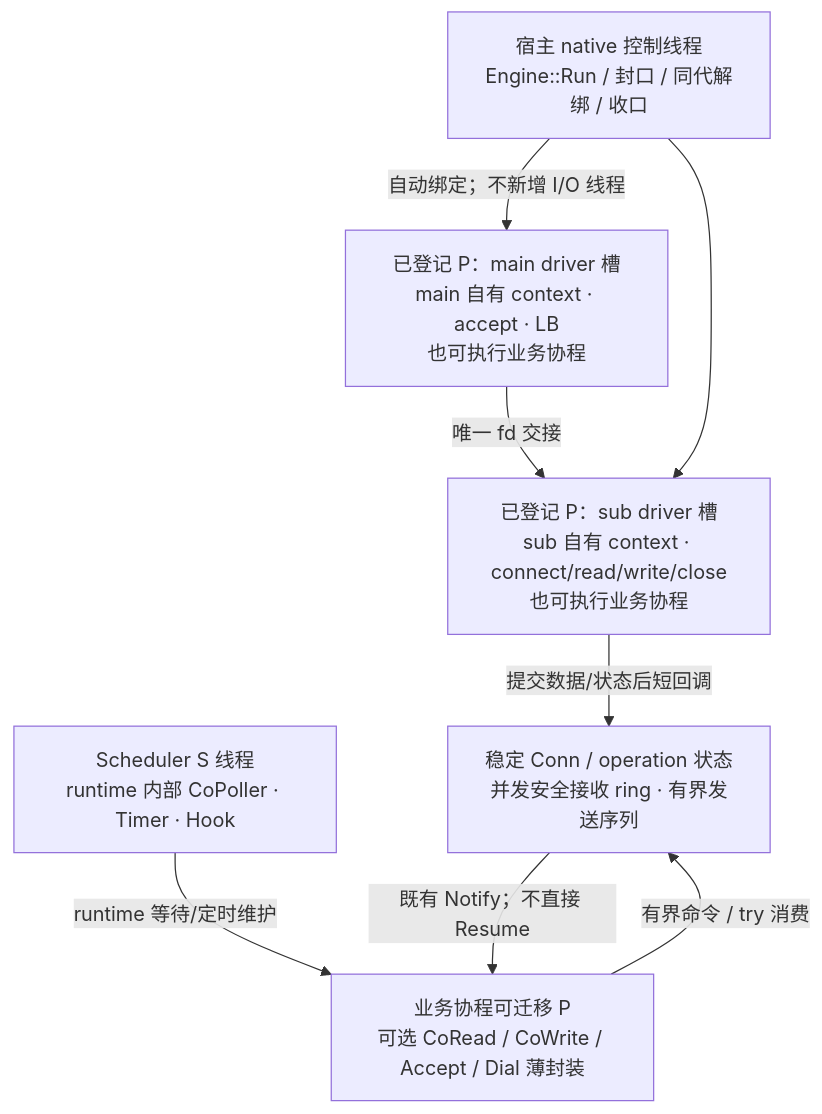
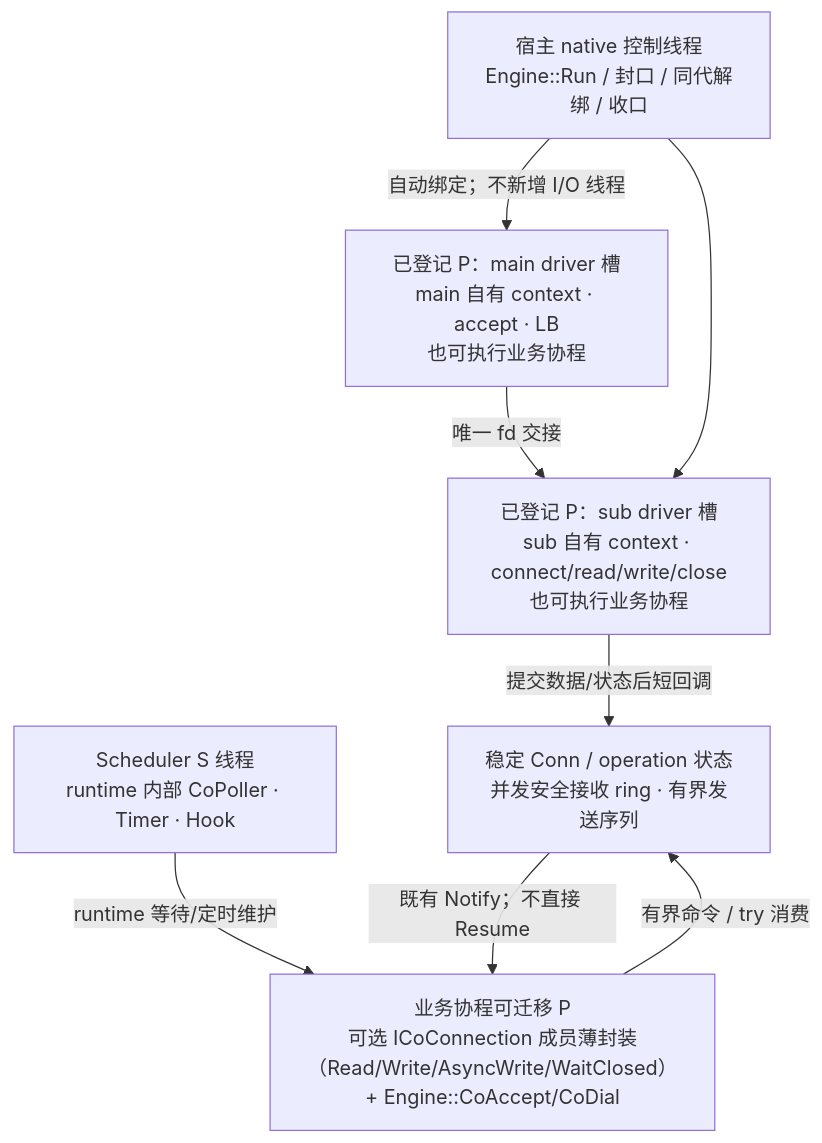
One commit to yqm-307/bbtools-infra changed the diagram in docs/architecture/gnet-network-execution.md. Above: the diagram before and after it, drawn with Mermaid. The commit also changed other lines of this file and 9 other files, not shown here.

Commit message:
docs: align all references to ICoConnection member API (PR #104)

````diff
--- a/docs/architecture/gnet-network-execution.md
+++ b/docs/architecture/gnet-network-execution.md
@@ -20,16 +20,16 @@
 ```mermaid
 flowchart TB
     Host["宿主 native 控制线程<br/>Engine::Run / 封口 / 同代解绑 / 收口"]
     S["Scheduler S 线程<br/>runtime 内部 CoPoller · Timer · Hook"]
     P0["已登记 P：main driver 槽<br/>main 自有 context · accept · LB<br/>也可执行业务协程"]
     P1["已登记 P：sub driver 槽<br/>sub 自有 context · connect/read/write/close<br/>也可执行业务协程"]
     State["稳定 Conn / operation 状态<br/>并发安全接收 ring · 有界发送序列"]
-    Co["业务协程可迁移 P<br/>可选 CoRead / CoWrite / Accept / Dial 薄封装"]
+    Co["业务协程可迁移 P<br/>可选 ICoConnection 成员薄封装<br/>（Read/Write/AsyncWrite/WaitClosed）+ Engine::CoAccept/CoDial"]
     Host -->|"自动绑定；不新增 I/O 线程"| P0
     Host --> P1
     P0 -->|"唯一 fd 交接"| P1
     P1 -->|"提交数据/状态后短回调"| State
     Co -->|"有界命令 / try 消费"| State
     State -->|"既有 Notify；不直接 Resume"| Co
     S -->|"runtime 等待/定时维护"| Co
 ```
````
